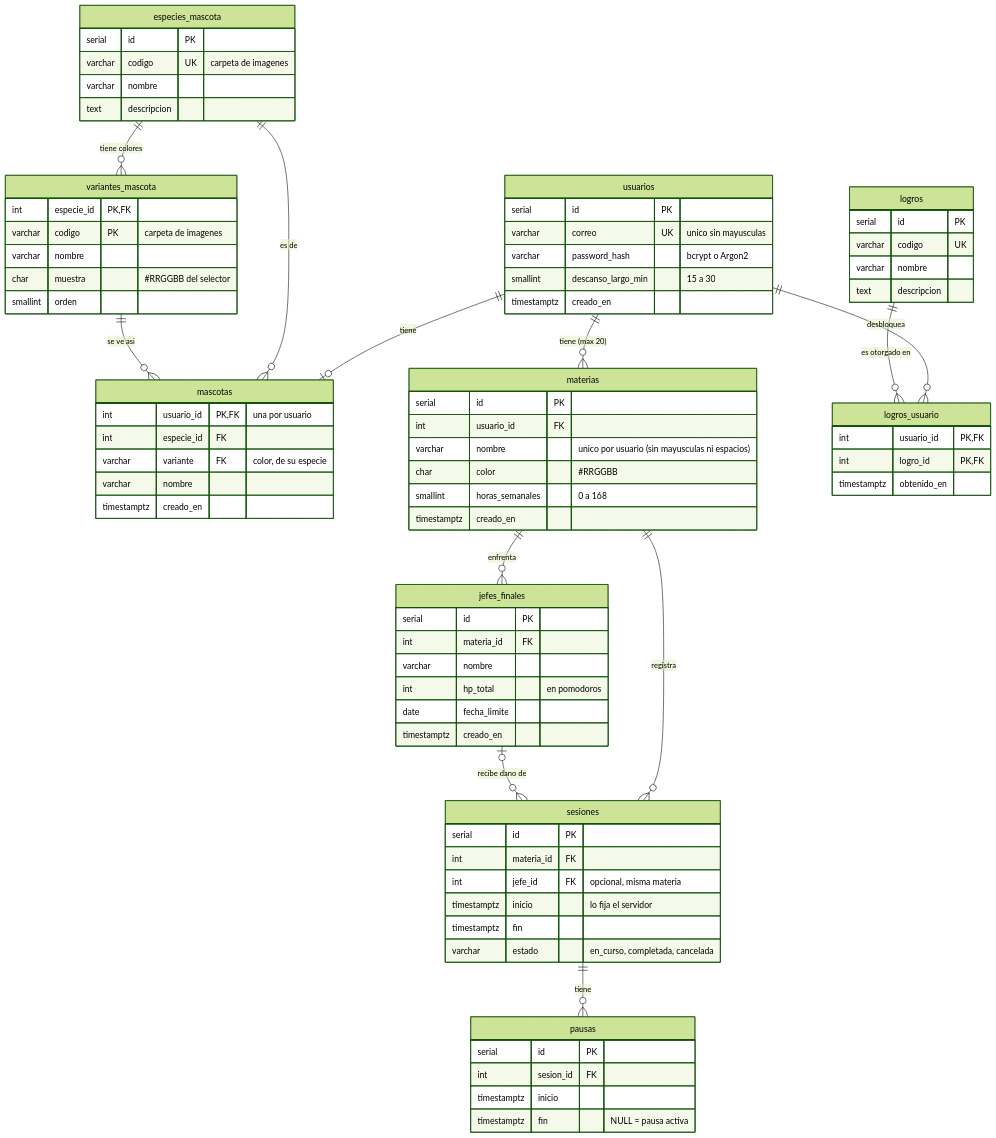
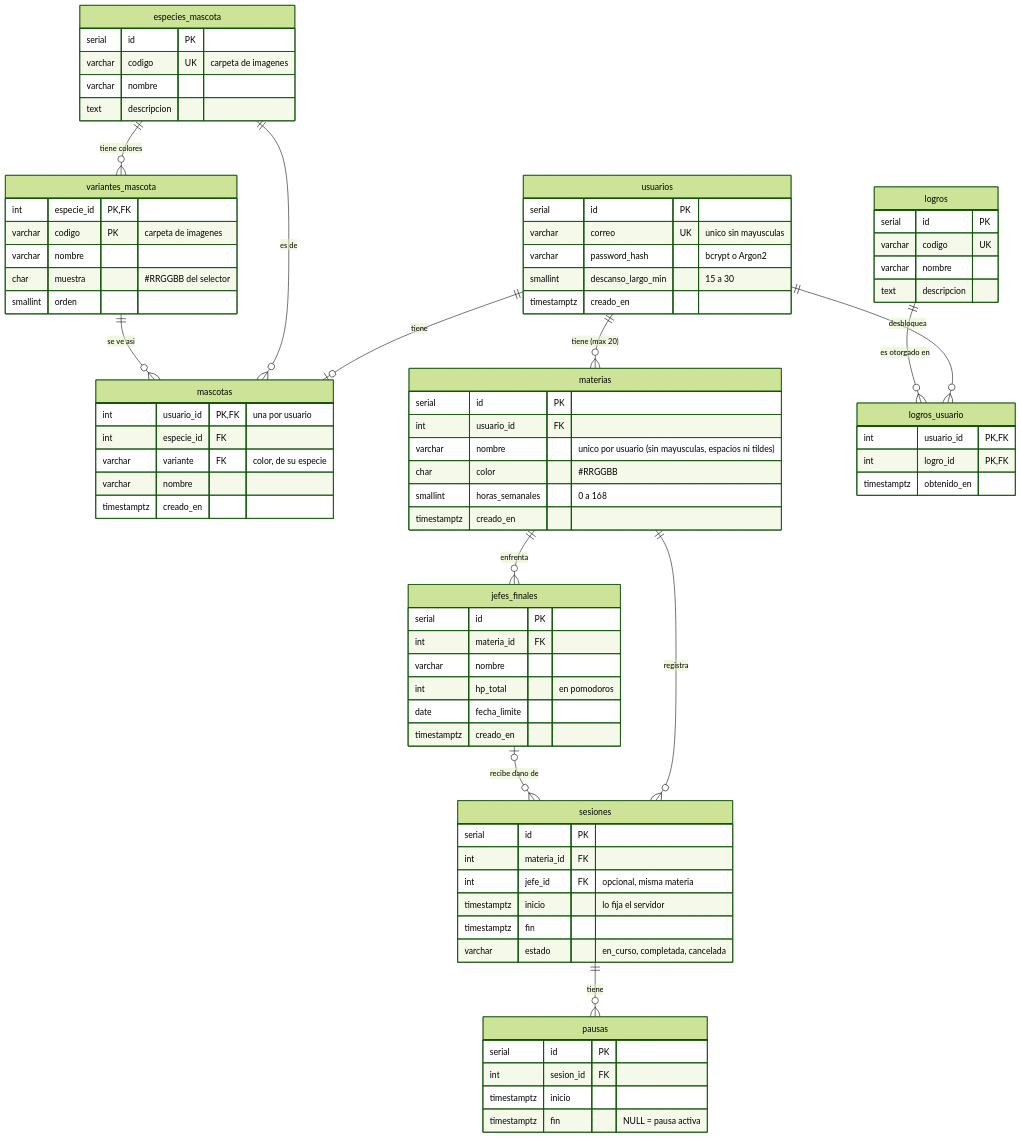
Before and after one commit to You9123/PomoPet: the diagram in docs/modelo-datos.md, drawn with Mermaid (forest theme). The commit also changed other lines of this file and 2 other files, not shown here.

Commit message:
docs: nombre de materia sin importar tildes (#26)

```diff
--- a/docs/modelo-datos.md
+++ b/docs/modelo-datos.md
@@ -50,7 +50,7 @@
     materias {
         serial id PK
         int usuario_id FK
-        varchar nombre "unico por usuario (sin mayusculas ni espacios)"
+        varchar nombre "unico por usuario (sin mayusculas, espacios ni tildes)"
         char color "#RRGGBB"
         smallint horas_semanales "0 a 168"
         timestamptz creado_en
```
